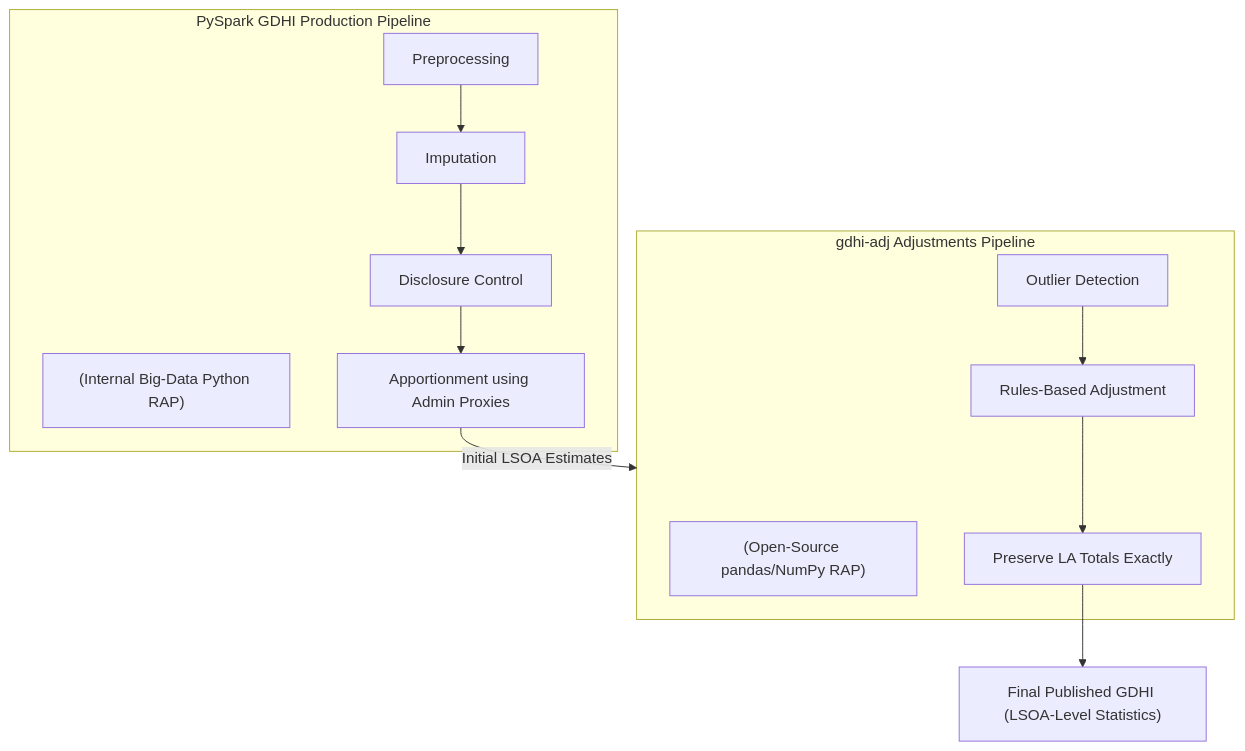
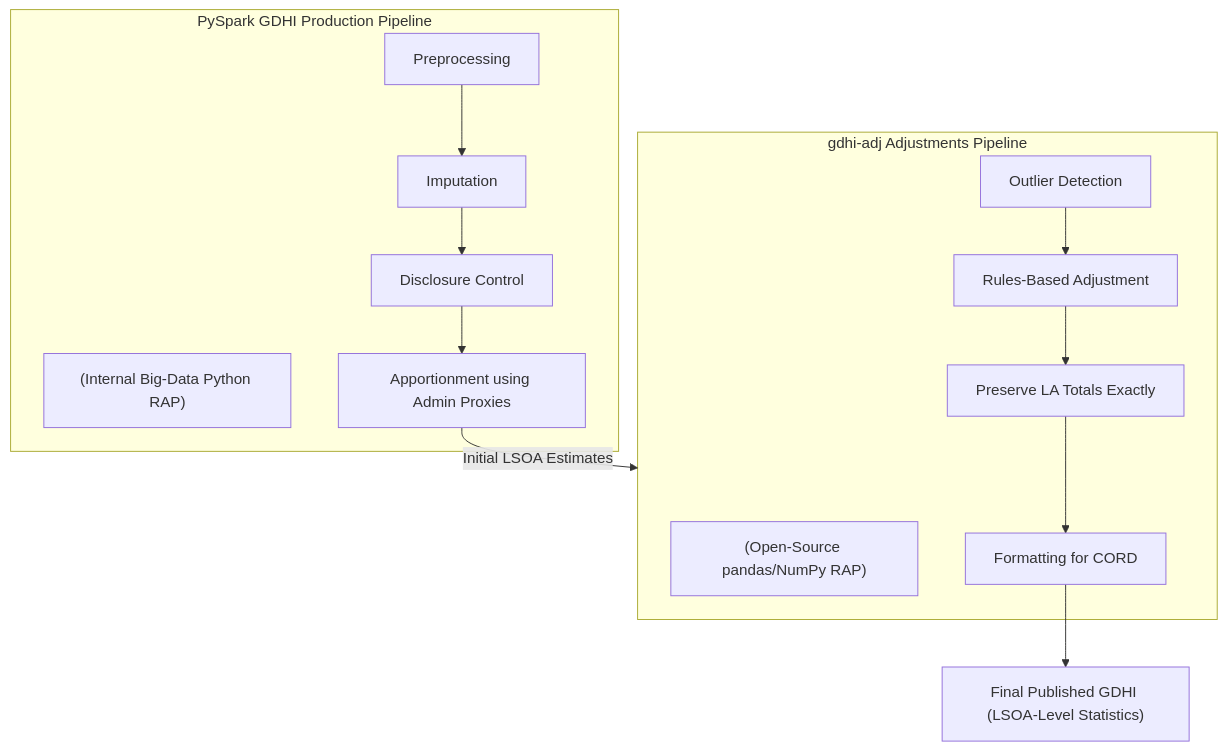
Before and after one commit to ONSdigital/gdhi-adj: the diagram in README.md, drawn with Mermaid. The commit also changed other lines of this file and 13 other files, not shown here.

````diff
--- a/README.md
+++ b/README.md
@@ -82,16 +82,16 @@
 ```mermaid
 flowchart TD
     subgraph A["PySpark GDHI Production Pipeline"]
         A_info["(Internal Big-Data Python RAP)"]:::note
         A1[Preprocessing] --> A2[Imputation] --> A3[Disclosure Control] --> A4["Apportionment using Admin Proxies"]
     end
 
     A4 -->|Initial LSOA Estimates| B
 
     subgraph B["gdhi-adj Adjustments Pipeline"]
         B_info["(Open-Source pandas/NumPy RAP)"]:::note
-        B1[Outlier Detection] --> B2[Rules-Based Adjustment] --> B3[Preserve LA Totals Exactly]
+        B1[Outlier Detection] --> B2[Rules-Based Adjustment] --> B3[Preserve LA Totals Exactly] --> B4[Formatting for CORD]
     end
 
-    B3 --> C["Final Published GDHI (LSOA-Level Statistics)"]
+    B4 --> C["Final Published GDHI (LSOA-Level Statistics)"]
 ```
````
